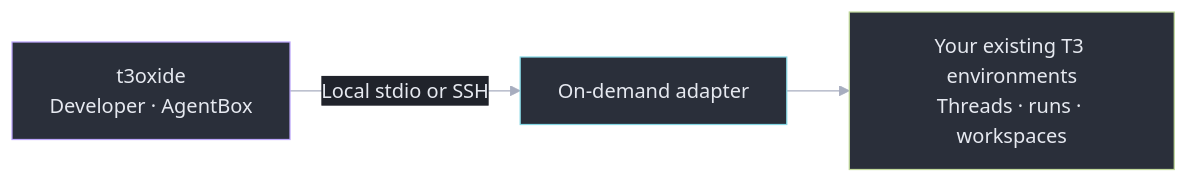
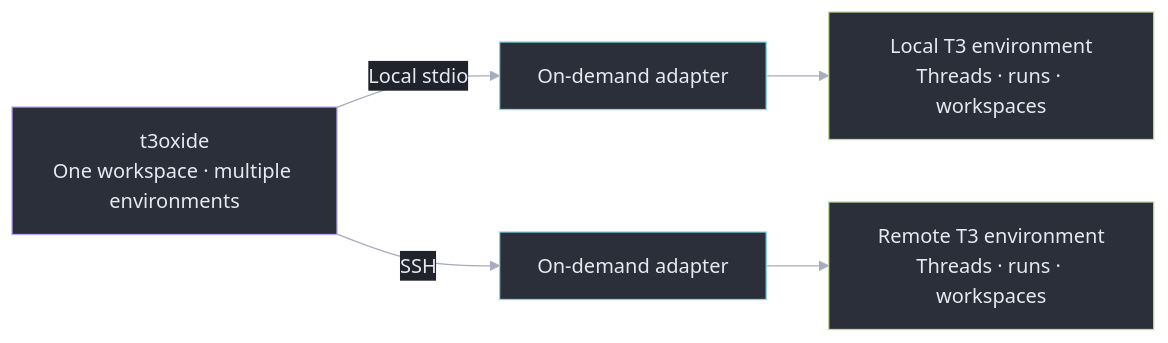
The diagram in README.md (Xon333/t3oxide), drawn with Mermaid before and after one commit.

Commit message:
Show multiple local and remote environments in README diagram

````diff
--- a/README.md
+++ b/README.md
@@ -13,12 +13,14 @@
 ```mermaid
 %%{init: {"theme": "base", "themeVariables": {"background": "#20232B", "primaryColor": "#2A2F3A", "primaryTextColor": "#E6E9F0", "primaryBorderColor": "#BBA5FA", "lineColor": "#A7ADBF", "edgeLabelBackground": "#20232B"}}}%%
 flowchart LR
-  C["t3oxide<br/>Developer · AgentBox"] -->|"Local stdio or SSH"| A["On-demand adapter"]
-  A --> T["Your existing T3 environments<br/>Threads · runs · workspaces"]
+  C["t3oxide<br/>One workspace · multiple environments"] -->|"Local stdio"| A["On-demand adapter"]
+  C -->|"SSH"| B["On-demand adapter"]
+  A --> L["Local T3 environment<br/>Threads · runs · workspaces"]
+  B --> R["Remote T3 environment<br/>Threads · runs · workspaces"]
   classDef client fill:#2A2F3A,stroke:#BBA5FA,color:#E6E9F0
   classDef adapter fill:#2A2F3A,stroke:#84D7E4,color:#E6E9F0
   classDef native fill:#2A2F3A,stroke:#C1D99B,color:#E6E9F0
   class C client
-  class A adapter
-  class T native
+  class A,B adapter
+  class L,R native
 ```
````
